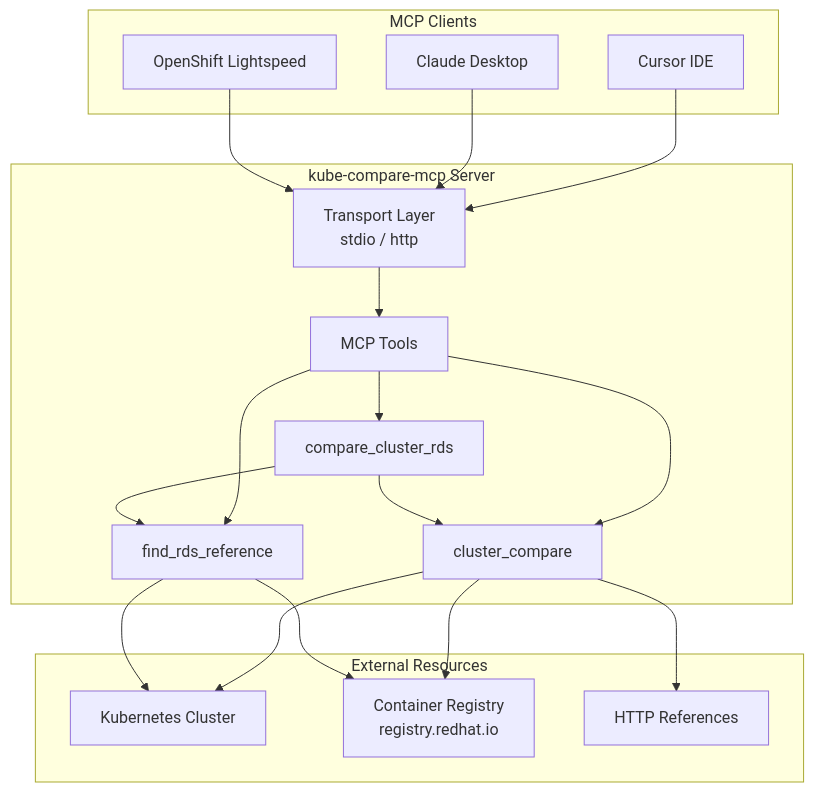
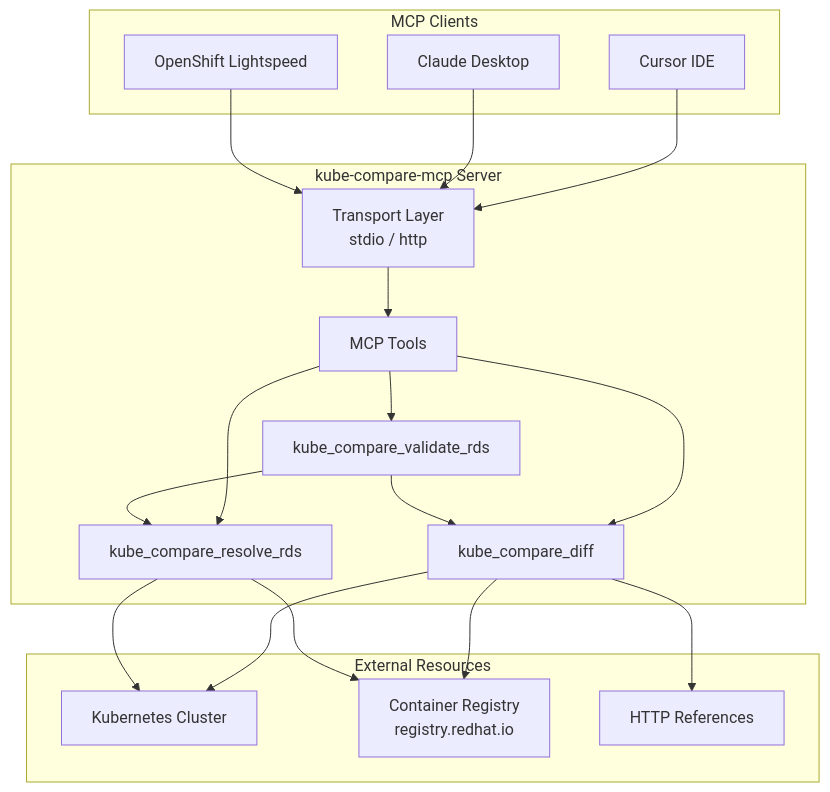
The diagram in README.md (sakhoury/kube-compare-mcp), drawn with Mermaid before and after one commit. The commit also changed other lines of this file and 10 other files, not shown here.

````diff
--- a/README.md
+++ b/README.md
@@ -39,37 +39,37 @@
 ```mermaid
 flowchart TB
     subgraph clients [MCP Clients]
         Cursor[Cursor IDE]
         Claude[Claude Desktop]
         OLS[OpenShift Lightspeed]
     end
 
     subgraph server [kube-compare-mcp Server]
         Transport[Transport Layer<br/>stdio / http]
         Tools[MCP Tools]
-        ClusterCompare[cluster_compare]
-        FindRDS[find_rds_reference]
-        CompareRDS[compare_cluster_rds]
+        Diff[kube_compare_diff]
+        ResolveRDS[kube_compare_resolve_rds]
+        ValidateRDS[kube_compare_validate_rds]
     end
 
     subgraph external [External Resources]
         K8sCluster[Kubernetes Cluster]
         Registry[Container Registry<br/>registry.redhat.io]
         HTTPRef[HTTP References]
     end
 
     Cursor --> Transport
     Claude --> Transport
     OLS --> Transport
     Transport --> Tools
-    Tools --> ClusterCompare
-    Tools --> FindRDS
-    Tools --> CompareRDS
-    ClusterCompare --> K8sCluster
-    ClusterCompare --> Registry
-    ClusterCompare --> HTTPRef
-    FindRDS --> K8sCluster
-    FindRDS --> Registry
-    CompareRDS --> ClusterCompare
-    CompareRDS --> FindRDS
+    Tools --> Diff
+    Tools --> ResolveRDS
+    Tools --> ValidateRDS
+    Diff --> K8sCluster
+    Diff --> Registry
+    Diff --> HTTPRef
+    ResolveRDS --> K8sCluster
+    ResolveRDS --> Registry
+    ValidateRDS --> Diff
+    ValidateRDS --> ResolveRDS
 ```
````
